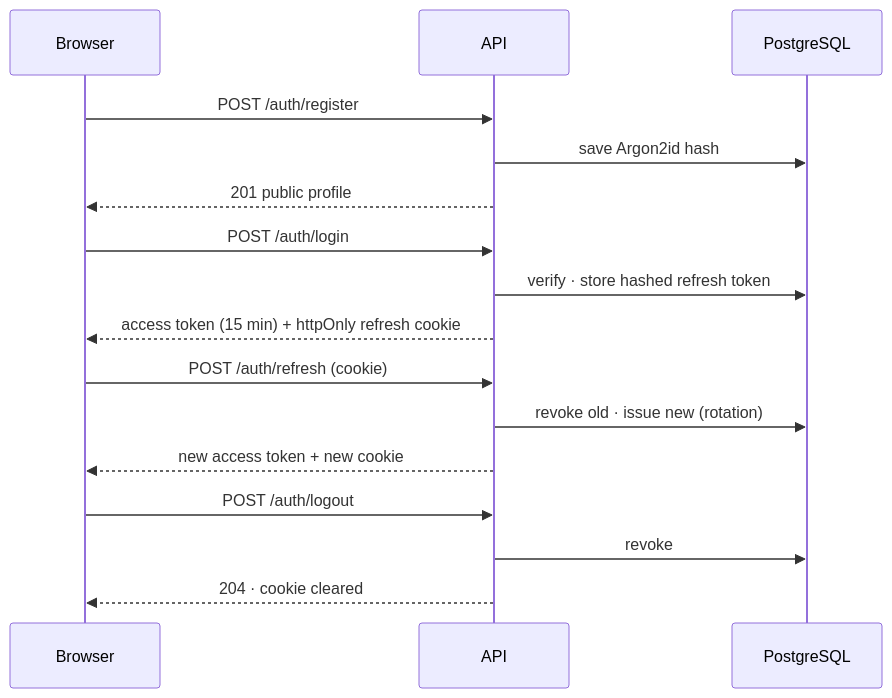
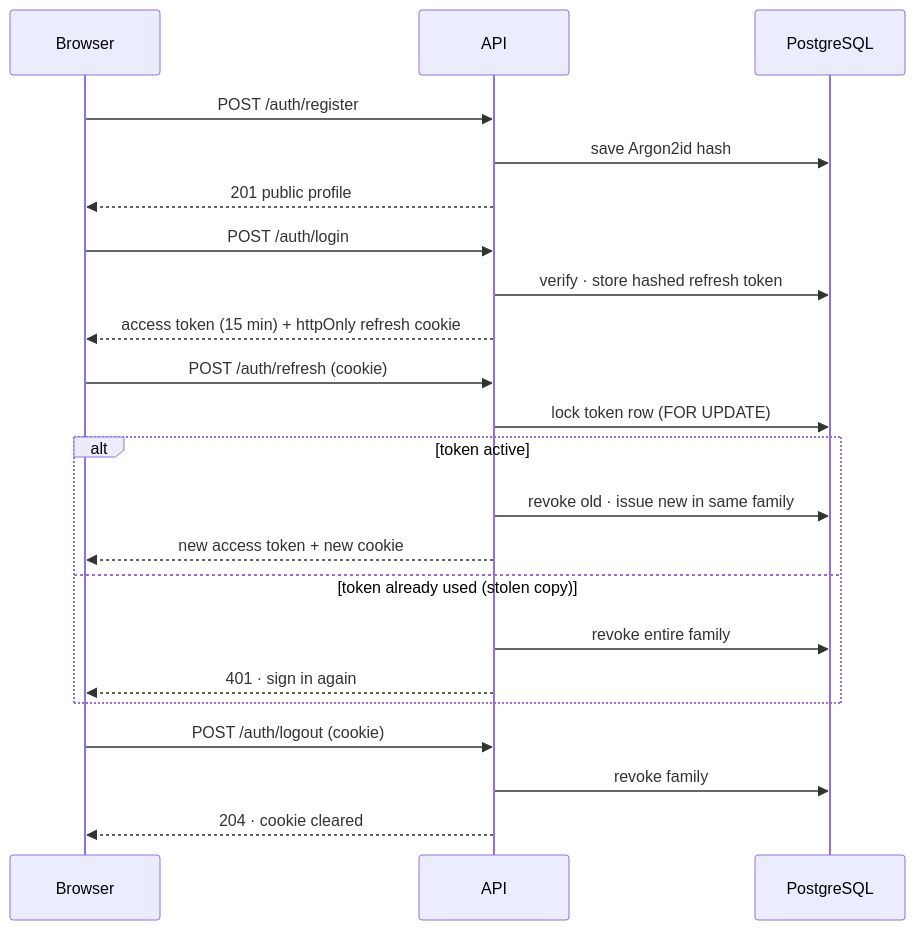
The fifth of 13 diagrams in docs/architecture.md (mr-laboratory/nebula), drawn with Mermaid before and after one commit. The commit also changed other lines of this file and 3 other files, not shown here.

Commit message:
docs: add API reference, auth flows and day 3 learning log

````diff
--- a/docs/architecture.md
+++ b/docs/architecture.md
@@ -77,18 +77,24 @@
 ```mermaid
 sequenceDiagram
     participant B as Browser
     participant API
     participant DB as PostgreSQL
     B->>API: POST /auth/register
     API->>DB: save Argon2id hash
     API-->>B: 201 public profile
     B->>API: POST /auth/login
     API->>DB: verify · store hashed refresh token
     API-->>B: access token (15 min) + httpOnly refresh cookie
     B->>API: POST /auth/refresh (cookie)
-    API->>DB: revoke old · issue new (rotation)
-    API-->>B: new access token + new cookie
-    B->>API: POST /auth/logout
-    API->>DB: revoke
+    API->>DB: lock token row (FOR UPDATE)
+    alt token active
+        API->>DB: revoke old · issue new in same family
+        API-->>B: new access token + new cookie
+    else token already used (stolen copy)
+        API->>DB: revoke entire family
+        API-->>B: 401 · sign in again
+    end
+    B->>API: POST /auth/logout (cookie)
+    API->>DB: revoke family
     API-->>B: 204 · cookie cleared
 ```
````
